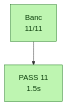
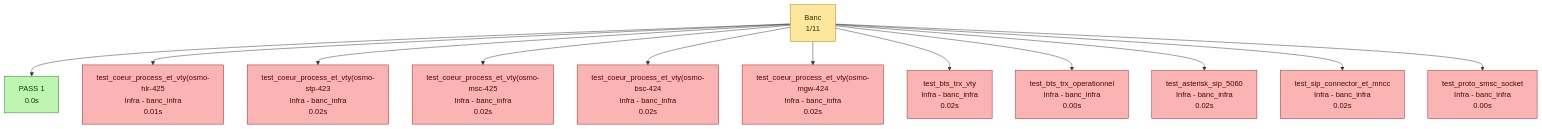
The second of 2 diagrams in pytest/infra/test_results.md (bbaranoff/tests), drawn with Mermaid before and after one commit. The commit also changed other lines of this file and 129 other files, not shown here.

````diff
--- a/pytest/infra/test_results.md
+++ b/pytest/infra/test_results.md
@@ -87,12 +107,32 @@
 ```mermaid
 flowchart TB
   classDef pass    fill:#bef5b1,stroke:#1f7a1f,color:#0a3d0a;
   classDef partial fill:#fde79c,stroke:#b07a00,color:#3a2c00;
   classDef fail    fill:#fbb4b4,stroke:#a31a1a,color:#5a0000;
   classDef skip    fill:#e0e0e0,stroke:#6a6a6a,color:#333;
   classDef xfail   fill:#fde79c,stroke:#b07a00,color:#3a2c00;
-  C_Banc["Banc<br/>11/11"]
-  C_Banc --> T_001_pass_grp_Banc["PASS 11<br/>1.5s"]
-  class C_Banc pass;
+  C_Banc["Banc<br/>1/11"]
+  C_Banc --> T_001_pass_grp_Banc["PASS 1<br/>0.0s"]
+  C_Banc --> T_002_test_coeur_process_et_vty_osmo_hlr_4258_["test_coeur_process_et_vty(osmo-hlr-425<br/>Infra - banc_infra<br/>0.01s"]
+  C_Banc --> T_003_test_coeur_process_et_vty_osmo_stp_4239_["test_coeur_process_et_vty(osmo-stp-423<br/>Infra - banc_infra<br/>0.02s"]
+  C_Banc --> T_004_test_coeur_process_et_vty_osmo_msc_4254_["test_coeur_process_et_vty(osmo-msc-425<br/>Infra - banc_infra<br/>0.02s"]
+  C_Banc --> T_005_test_coeur_process_et_vty_osmo_bsc_4242_["test_coeur_process_et_vty(osmo-bsc-424<br/>Infra - banc_infra<br/>0.02s"]
+  C_Banc --> T_006_test_coeur_process_et_vty_osmo_mgw_4243_["test_coeur_process_et_vty(osmo-mgw-424<br/>Infra - banc_infra<br/>0.02s"]
+  C_Banc --> T_007_test_bts_trx_vty["test_bts_trx_vty<br/>Infra - banc_infra<br/>0.02s"]
+  C_Banc --> T_008_test_bts_trx_operationnel["test_bts_trx_operationnel<br/>Infra - banc_infra<br/>0.00s"]
+  C_Banc --> T_009_test_asterisk_sip_5060["test_asterisk_sip_5060<br/>Infra - banc_infra<br/>0.02s"]
+  C_Banc --> T_010_test_sip_connector_et_mncc["test_sip_connector_et_mncc<br/>Infra - banc_infra<br/>0.02s"]
+  C_Banc --> T_011_test_proto_smsc_socket["test_proto_smsc_socket<br/>Infra - banc_infra<br/>0.00s"]
+  class C_Banc partial;
   class T_001_pass_grp_Banc pass;
+  class T_002_test_coeur_process_et_vty_osmo_hlr_4258_ fail;
+  class T_003_test_coeur_process_et_vty_osmo_stp_4239_ fail;
+  class T_004_test_coeur_process_et_vty_osmo_msc_4254_ fail;
+  class T_005_test_coeur_process_et_vty_osmo_bsc_4242_ fail;
+  class T_006_test_coeur_process_et_vty_osmo_mgw_4243_ fail;
+  class T_007_test_bts_trx_vty fail;
+  class T_008_test_bts_trx_operationnel fail;
+  class T_009_test_asterisk_sip_5060 fail;
+  class T_010_test_sip_connector_et_mncc fail;
+  class T_011_test_proto_smsc_socket fail;
 ```
````
